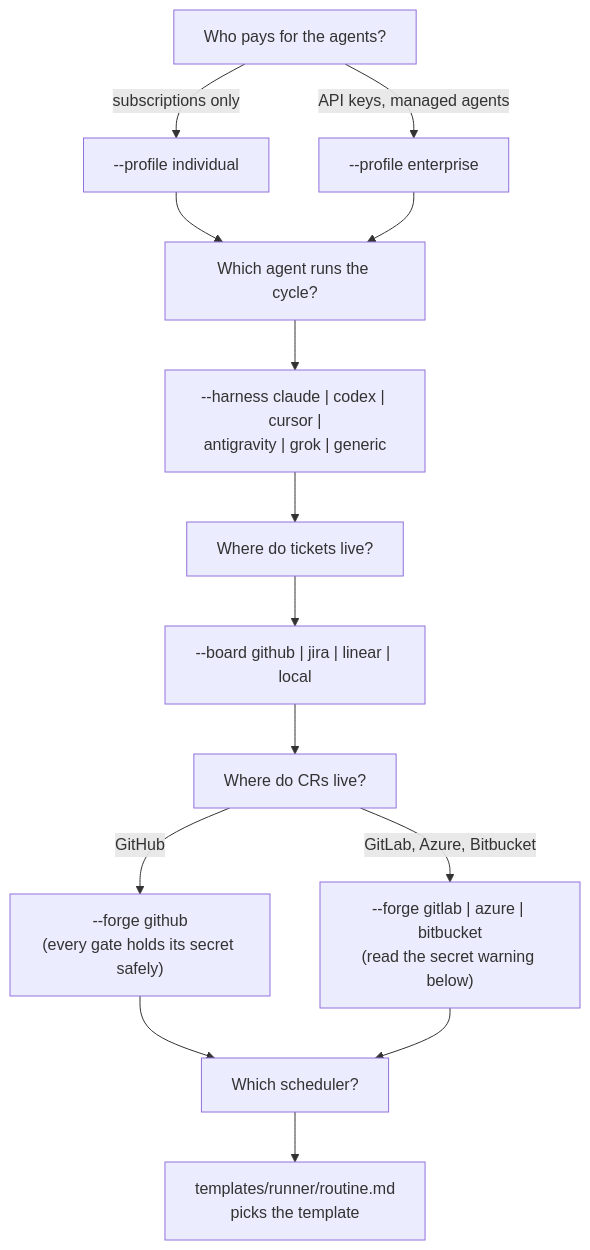
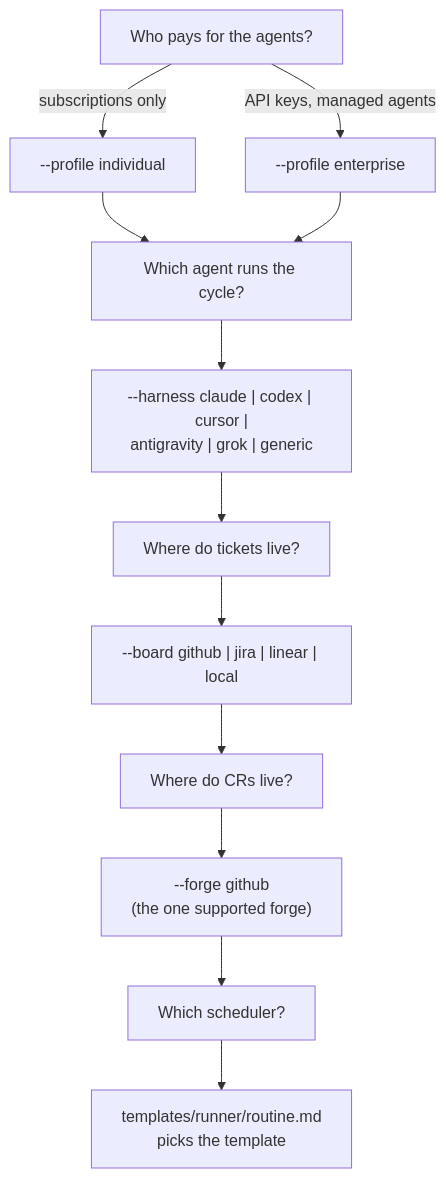
Before and after one commit to dmitriywind/agentic-sdlc: the first of 2 diagrams in docs/adoption.md, drawn with Mermaid. The commit also changed other lines of this file and 70 other files, not shown here.

First line of the commit message:
GitHub-only forge; owner names per port; CR push time; heartbeat default; skill rules made exact

````diff
--- a/docs/adoption.md
+++ b/docs/adoption.md
@@ -8,16 +8,14 @@
 ```mermaid
 flowchart TD
   A["Who pays for the agents?"] -->|"subscriptions only"| IND["--profile individual"]
   A -->|"API keys, managed agents"| ENT["--profile enterprise"]
   IND --> H["Which agent runs the cycle?"]
   ENT --> H
   H --> HC["--harness claude | codex | cursor |<br/>antigravity | grok | generic"]
   HC --> B["Where do tickets live?"]
   B --> BC["--board github | jira | linear | local"]
   BC --> F["Where do CRs live?"]
-  F -->|"GitHub"| FG["--forge github<br/>(every gate holds its secret safely)"]
-  F -->|"GitLab, Azure, Bitbucket"| FO["--forge gitlab | azure | bitbucket<br/>(read the secret warning below)"]
+  F --> FG["--forge github<br/>(the one supported forge)"]
   FG --> S["Which scheduler?"]
-  FO --> S
   S --> SC["templates/runner/routine.md<br/>picks the template"]
 ```
````
